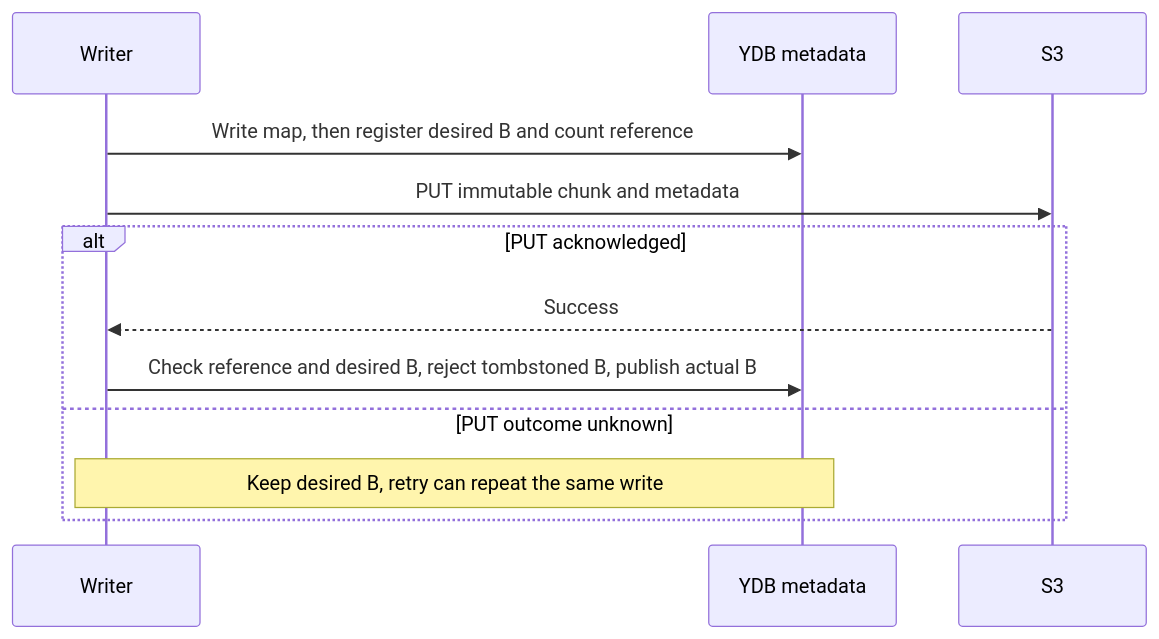
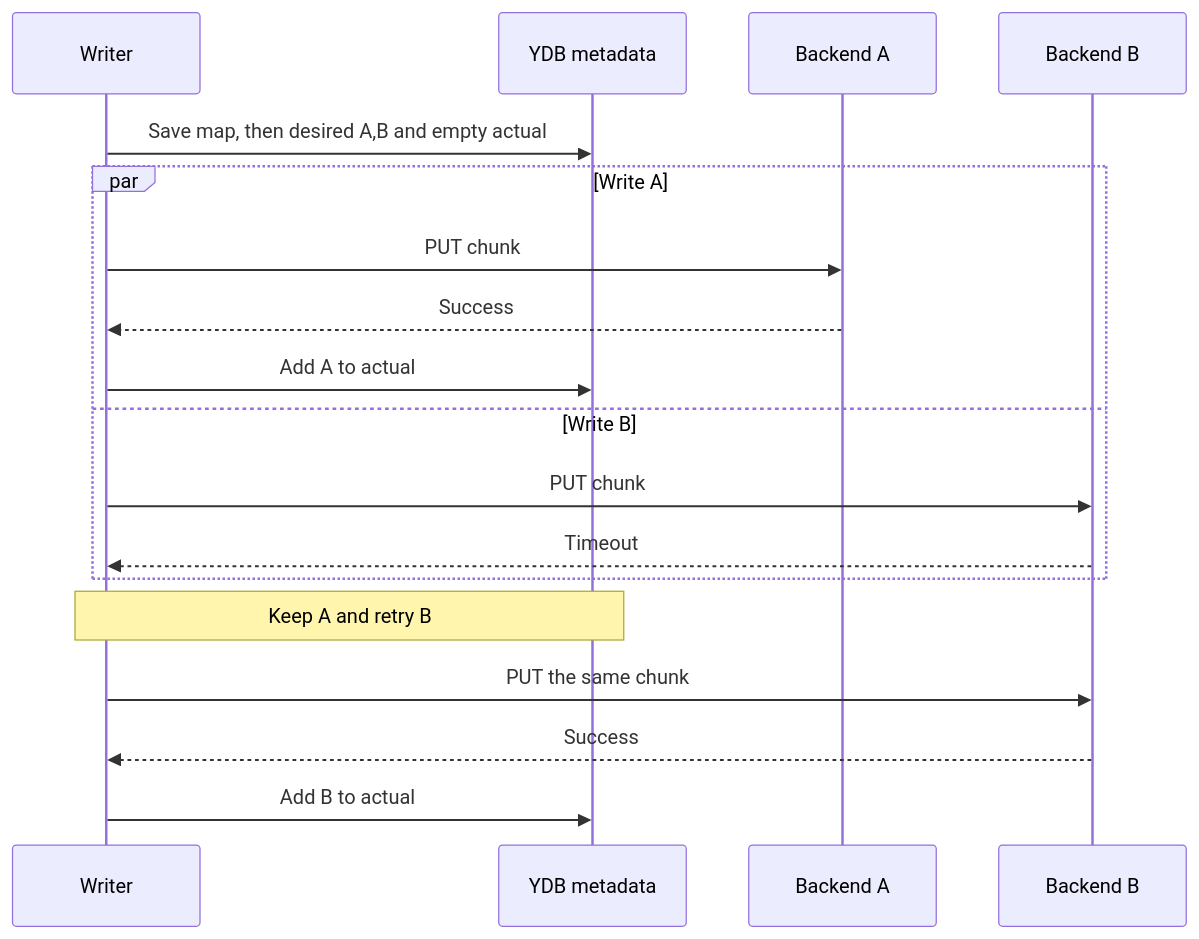
One commit to ydb-platform/nbs changed the third of 10 diagrams in doc/disk_manager/chunk_storage/design_doc.md. Above: the diagram before and after it, drawn with Mermaid. The commit also changed other lines of this file, not shown here.

````diff
--- a/doc/disk_manager/chunk_storage/design_doc.md
+++ b/doc/disk_manager/chunk_storage/design_doc.md
@@ -151,14 +136,20 @@
 ```mermaid
 sequenceDiagram
     participant Writer
     participant DB as YDB metadata
-    participant S3
-    Writer->>DB: Write map, then register desired B and count reference
-    Writer->>S3: PUT immutable chunk and metadata
-    alt PUT acknowledged
-        S3-->>Writer: Success
-        Writer->>DB: Check reference and desired B, reject tombstoned B, publish actual B
-    else PUT outcome unknown
-        Note over Writer,DB: Keep desired B, retry can repeat the same write
+    participant A as Backend A
+    participant B as Backend B
+    Writer->>DB: Save map, then desired A,B and empty actual
+    par Write A
+        Writer->>A: PUT chunk
+        A-->>Writer: Success
+        Writer->>DB: Add A to actual
+    and Write B
+        Writer->>B: PUT chunk
+        B-->>Writer: Timeout
     end
+    Note over Writer,DB: Keep A and retry B
+    Writer->>B: PUT the same chunk
+    B-->>Writer: Success
+    Writer->>DB: Add B to actual
 ```
````
